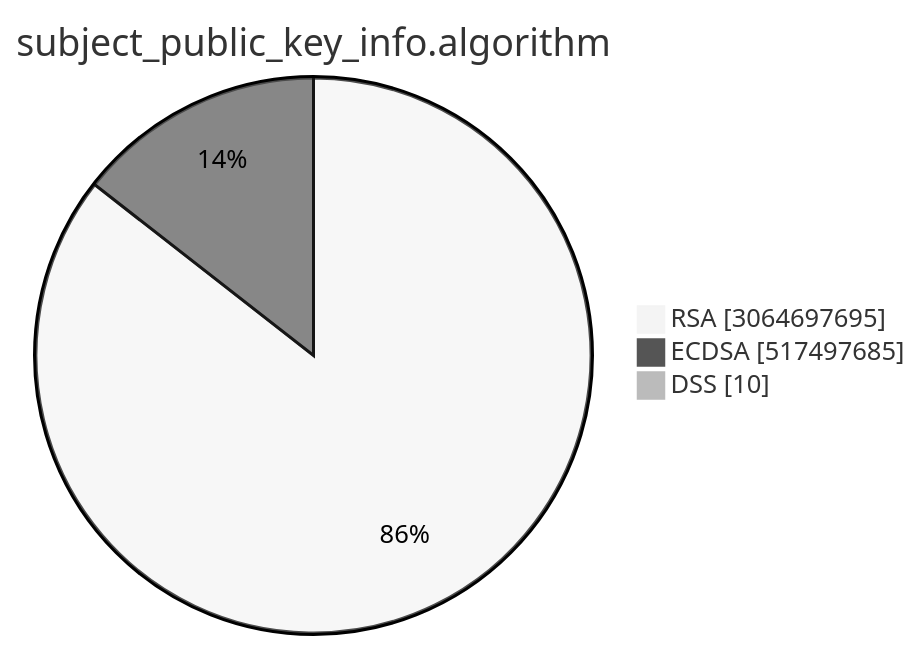
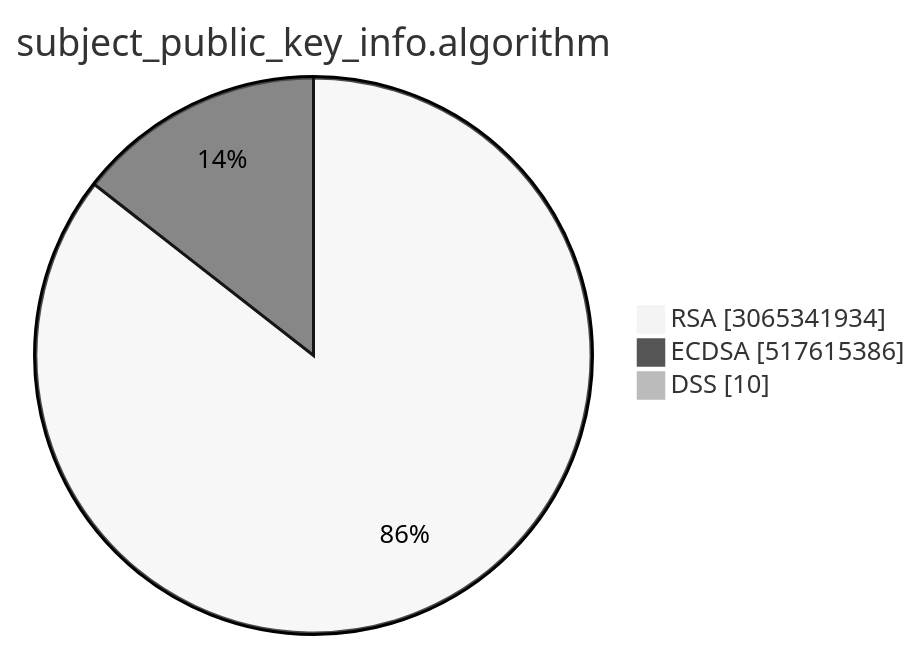
One commit to christiankrug/ctmonitor_visualization changed the second of 15 diagrams in TOTAL/README.md. Above: the diagram before and after it, drawn with Mermaid (neutral theme). The commit also changed other lines of this file, not shown here.

````diff
--- a/TOTAL/README.md
+++ b/TOTAL/README.md
@@ -6,7 +6,7 @@
 ```mermaid
 pie showData
 title subject_public_key_info.algorithm
-"RSA" :3064697695
-"ECDSA" :517497685
+"RSA" :3065341934
+"ECDSA" :517615386
 "DSS" :10
 ```
````
